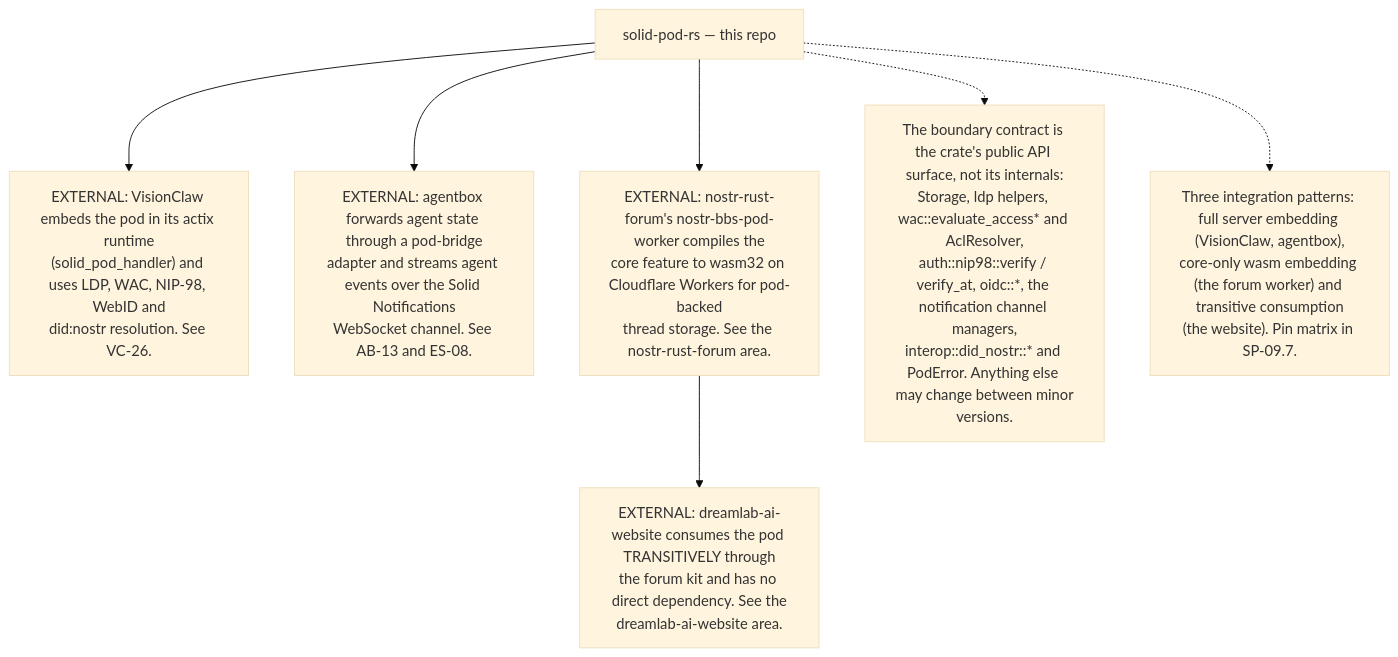
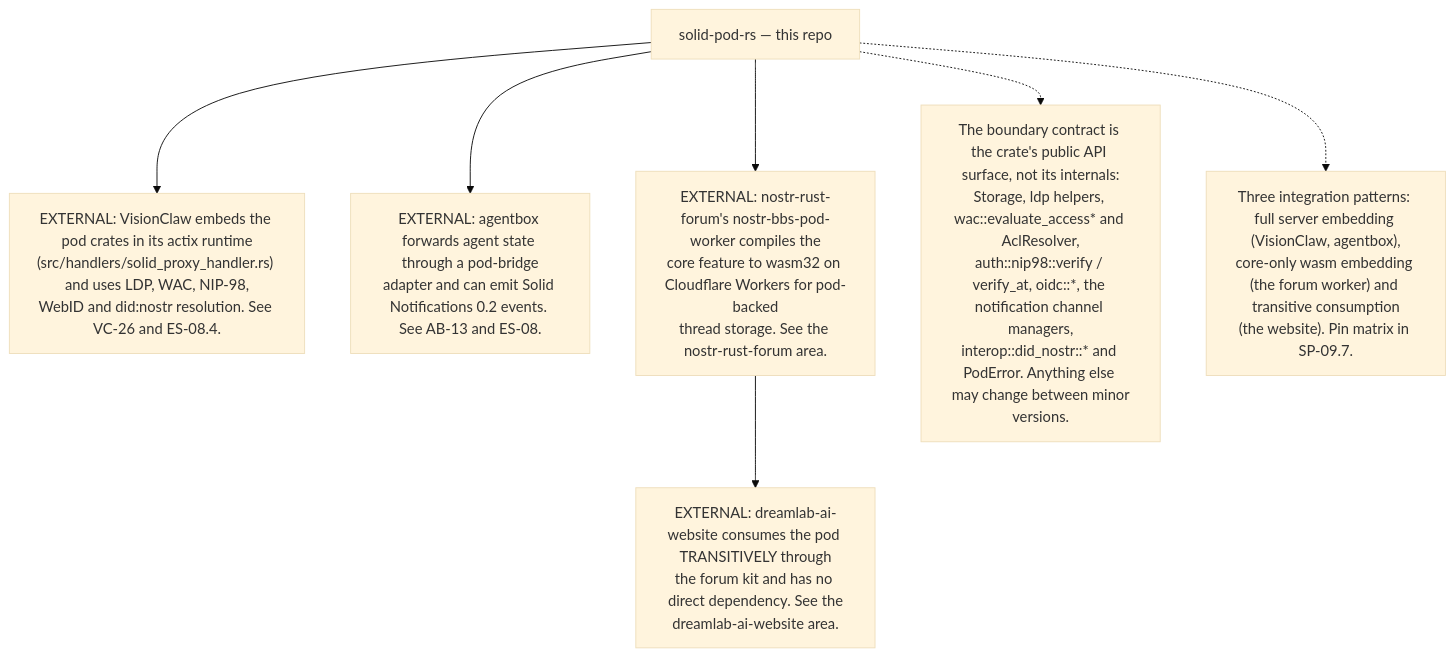
Before and after one commit to DreamLab-AI/VisionFlow: diagram 16 of 17 in docs/diagrams/solid-pod-rs/08-federation-notifications-forge-mcp.md, drawn with Mermaid (base theme). The commit also changed other lines of this file and 47 other files, not shown here.

````diff
--- a/docs/diagrams/solid-pod-rs/08-federation-notifications-forge-mcp.md
+++ b/docs/diagrams/solid-pod-rs/08-federation-notifications-forge-mcp.md
@@ -537,18 +621,18 @@
 ```mermaid
 flowchart TD
     POD["solid-pod-rs — this repo"]
-    VC["EXTERNAL: VisionClaw embeds the pod in its actix runtime<br/>(solid_pod_handler) and uses LDP, WAC, NIP-98, WebID and<br/>did:nostr resolution. See VC-26."]
-    AB["EXTERNAL: agentbox forwards agent state through a pod-bridge<br/>adapter and streams agent events over the Solid Notifications<br/>WebSocket channel. See AB-13 and ES-08."]
+    VC["EXTERNAL: VisionClaw embeds the pod crates in its actix runtime<br/>(src/handlers/solid_proxy_handler.rs) and uses LDP, WAC, NIP-98,<br/>WebID and did:nostr resolution. See VC-26 and ES-08.4."]
+    AB["EXTERNAL: agentbox forwards agent state through a pod-bridge<br/>adapter and can emit Solid Notifications 0.2 events. See AB-13 and ES-08."]
     NF["EXTERNAL: nostr-rust-forum's nostr-bbs-pod-worker compiles the<br/>core feature to wasm32 on Cloudflare Workers for pod-backed<br/>thread storage. See the nostr-rust-forum area."]
     DW["EXTERNAL: dreamlab-ai-website consumes the pod TRANSITIVELY through<br/>the forum kit and has no direct dependency. See the<br/>dreamlab-ai-website area."]
 
     POD --> VC
     POD --> AB
     POD --> NF
     NF --> DW
 
     N["The boundary contract is the crate's public API surface, not its internals:<br/>Storage, ldp helpers, wac::evaluate_access* and AclResolver,<br/>auth::nip98::verify / verify_at, oidc::*, the notification channel managers,<br/>interop::did_nostr::* and PodError. Anything else may change between minor<br/>versions."]
     POD -.-> N
     N2["Three integration patterns: full server embedding (VisionClaw, agentbox),<br/>core-only wasm embedding (the forum worker) and transitive consumption<br/>(the website). Pin matrix in SP-09.7."]
     POD -.-> N2
 ```
````
